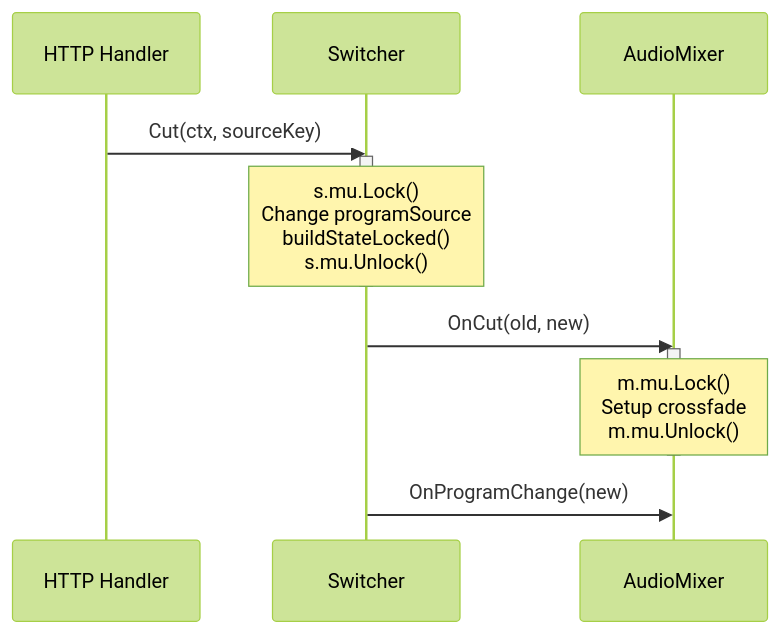
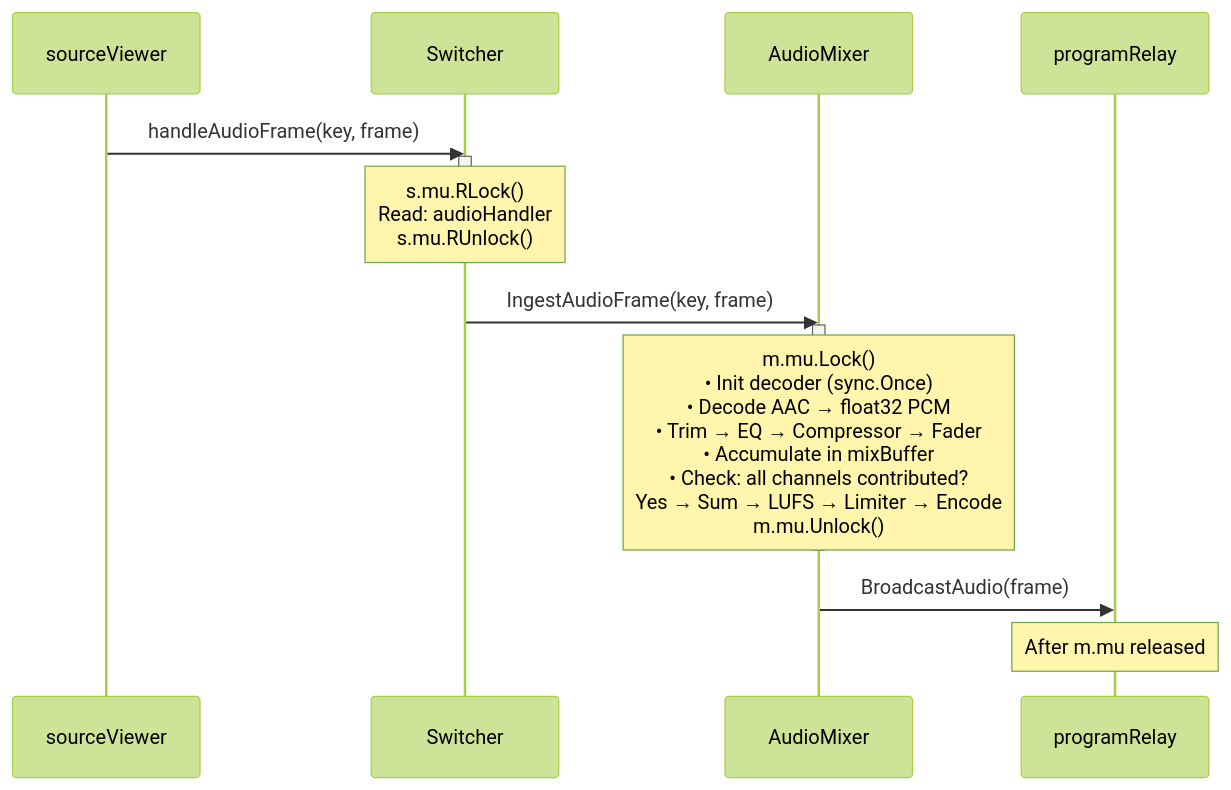
One commit to zsiec/switchframe changed the fifth of 7 diagrams in docs/locking-and-concurrency.md. Above: the diagram before and after it, drawn with Mermaid (forest theme). The commit also changed other lines of this file, not shown here.

````diff
--- a/docs/locking-and-concurrency.md
+++ b/docs/locking-and-concurrency.md
@@ -268,18 +283,20 @@
 ```mermaid
 sequenceDiagram
-    participant API as HTTP Handler
+    participant SV as sourceViewer
     participant SW as Switcher
     participant MX as AudioMixer
+    participant PR as programRelay
 
-    API->>SW: Cut(ctx, sourceKey)
+    SV->>SW: handleAudioFrame(key, frame)
     activate SW
-    Note over SW: s.mu.Lock()<br/>Change programSource<br/>buildStateLocked()<br/>s.mu.Unlock()
+    Note over SW: s.mu.RLock()<br/>Read: audioHandler<br/>s.mu.RUnlock()
     deactivate SW
 
-    SW->>MX: OnCut(old, new)
+    SW->>MX: IngestAudioFrame(key, frame)
     activate MX
-    Note over MX: m.mu.Lock()<br/>Setup crossfade<br/>m.mu.Unlock()
+    Note over MX: m.mu.Lock()<br/>• Init decoder (sync.Once)<br/>• Decode AAC → float32 PCM<br/>• Trim → EQ → Compressor → Fader<br/>• Accumulate in mixBuffer<br/>• Check: all channels contributed?<br/>  Yes → Sum → LUFS → Limiter → Encode<br/>m.mu.Unlock()
     deactivate MX
 
-    SW->>MX: OnProgramChange(new)
+    MX->>PR: BroadcastAudio(frame)
+    Note over PR: After m.mu released
 ```
````
